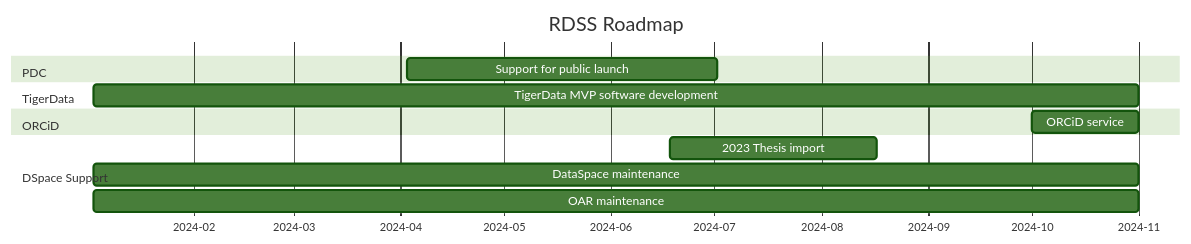
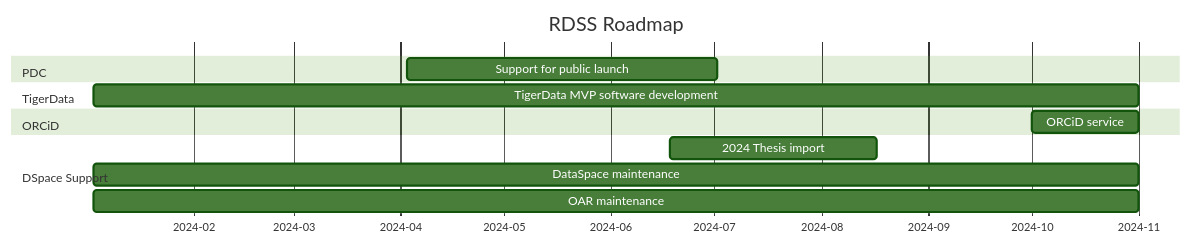
One commit to pulibrary/rdss-handbook changed the first of 35 diagrams in roadmap.md. Above: the diagram before and after it, drawn with Mermaid (forest theme).

````diff
--- a/roadmap.md
+++ b/roadmap.md
@@ -5,16 +5,16 @@
 ```mermaid
 gantt
     title RDSS Roadmap
     axisFormat  %Y-%m
     dateformat YYYY-MM
     section PDC
     Support for public launch : pd1,2024-04-03,90d
     section TigerData
     TigerData MVP software development: td1,2024-01-03,303d
     section ORCiD
     ORCiD service: pd3,2024-10-01,31d
     section DSpace Support
-    2023 Thesis import: dsp1,2024-06-18,60d
+    2024 Thesis import: dsp1,2024-06-18,60d
     DataSpace maintenance: dsp3,2024-01-03,303d
     OAR maintenance: dsp4,2024-01-03,303d
 ```
````
